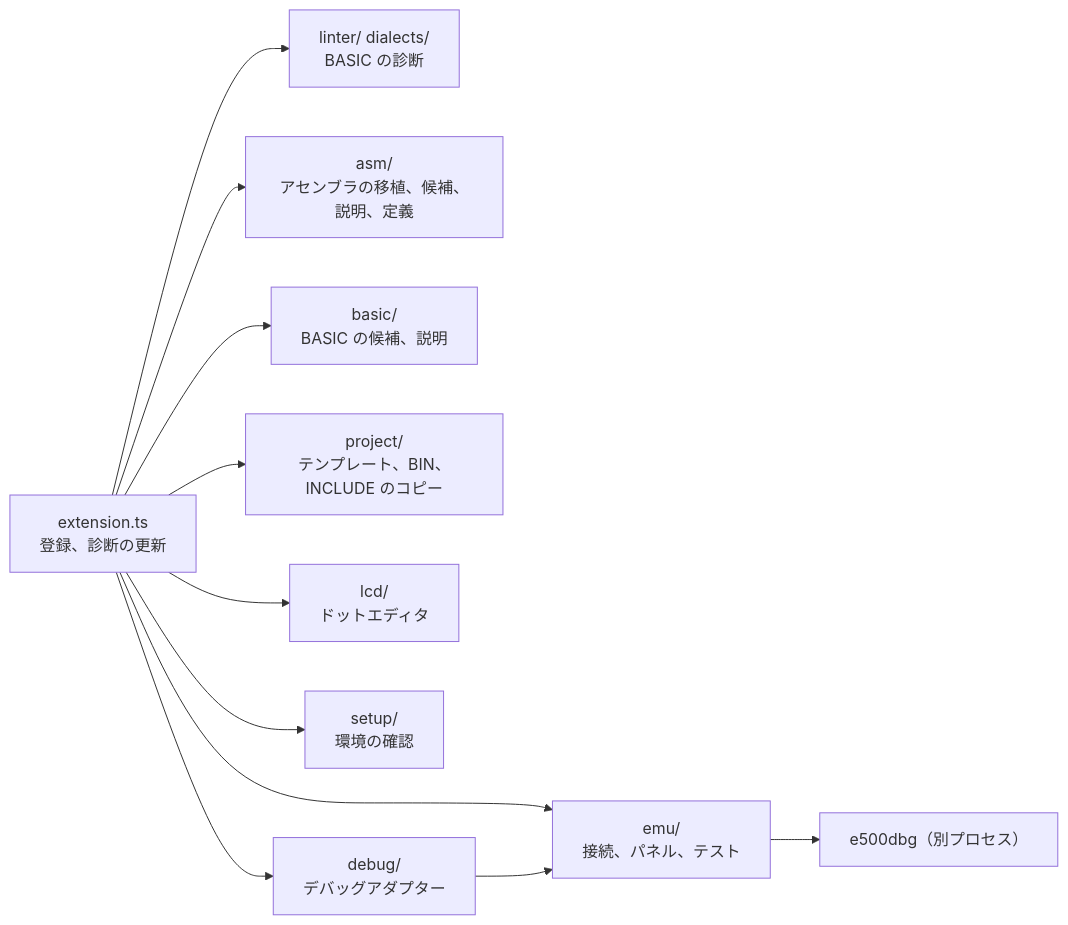
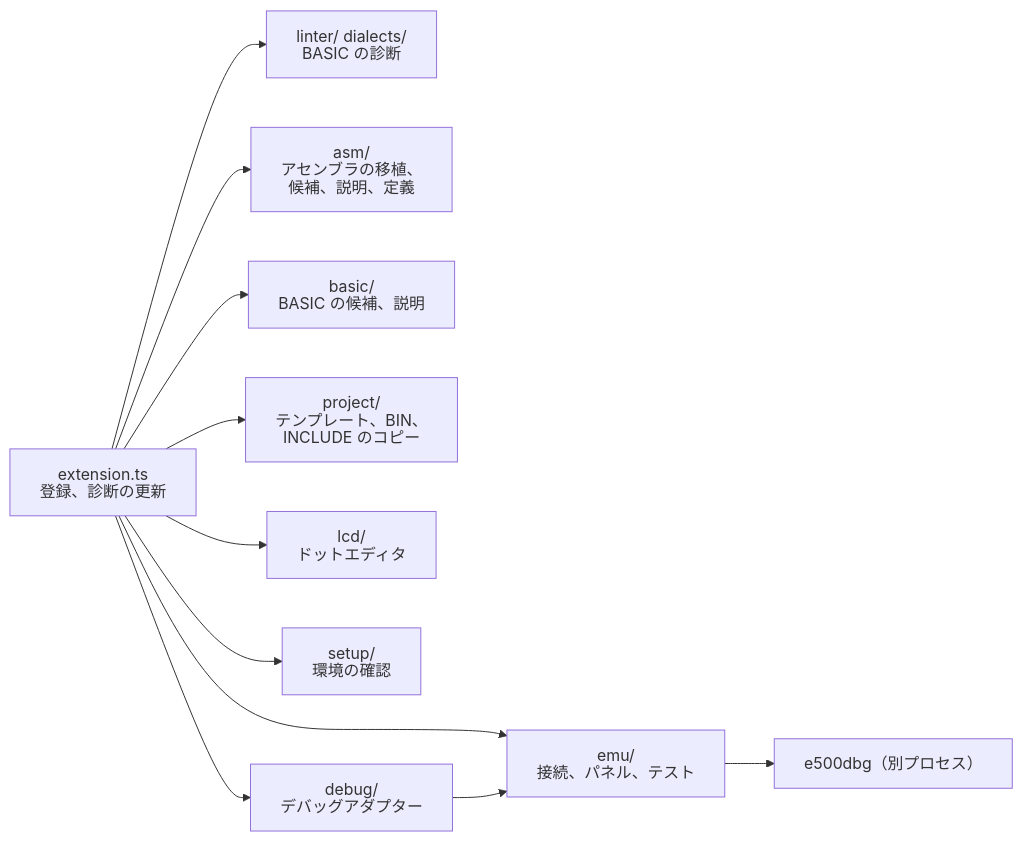
Before and after one commit to litchi-gh/pc-e500_tools: the first of 5 diagrams in docs/design/05_VSCODE_EXTENSION.md, drawn with Mermaid. The commit also changed other lines of this file and 74 other files, not shown here.

First line of the commit message:
Docs: draw Mermaid labels as SVG text so GitHub does not cut them

````diff
--- a/docs/design/05_VSCODE_EXTENSION.md
+++ b/docs/design/05_VSCODE_EXTENSION.md
@@ -17,14 +17,15 @@
 ```mermaid
+%%{init: {"htmlLabels": false, "flowchart": {"htmlLabels": false, "wrappingWidth": 1000}}}%%
 flowchart LR
   EX["extension.ts<br>登録、診断の更新"]
   EX --> LINT["linter/ dialects/<br>BASIC の診断"]
-  EX --> ASM["asm/<br>アセンブラの移植、候補、説明、定義"]
+  EX --> ASM["asm/<br>アセンブラの移植、<br>候補、説明、定義"]
   EX --> BAS["basic/<br>BASIC の候補、説明"]
-  EX --> PROJ["project/<br>テンプレート、BIN、INCLUDE のコピー"]
+  EX --> PROJ["project/<br>テンプレート、BIN、<br>INCLUDE のコピー"]
   EX --> LCD["lcd/<br>ドットエディタ"]
   EX --> SET["setup/<br>環境の確認"]
   EX --> DBG["debug/<br>デバッグアダプター"]
   EX --> EMU["emu/<br>接続、パネル、テスト"]
   DBG --> EMU
   EMU --> SRV["e500dbg（別プロセス）"]
 ```
````
